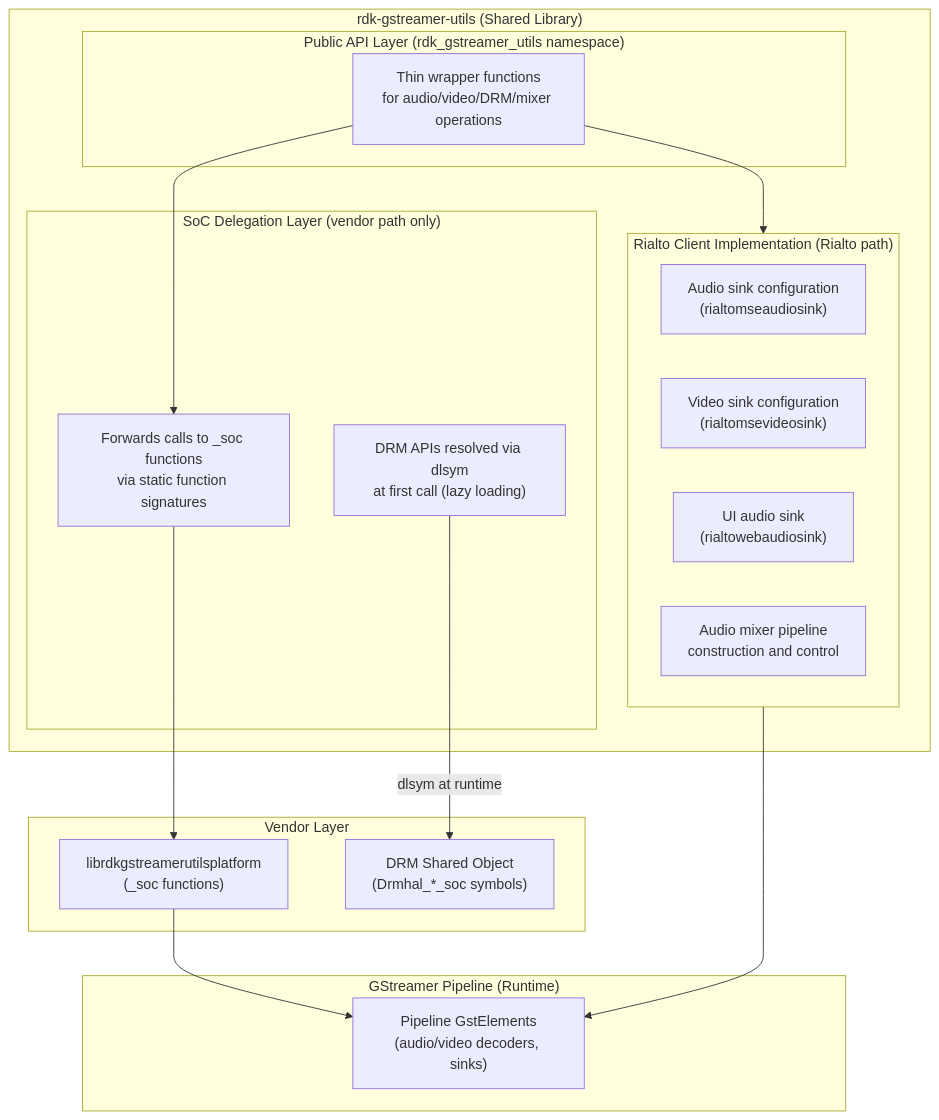
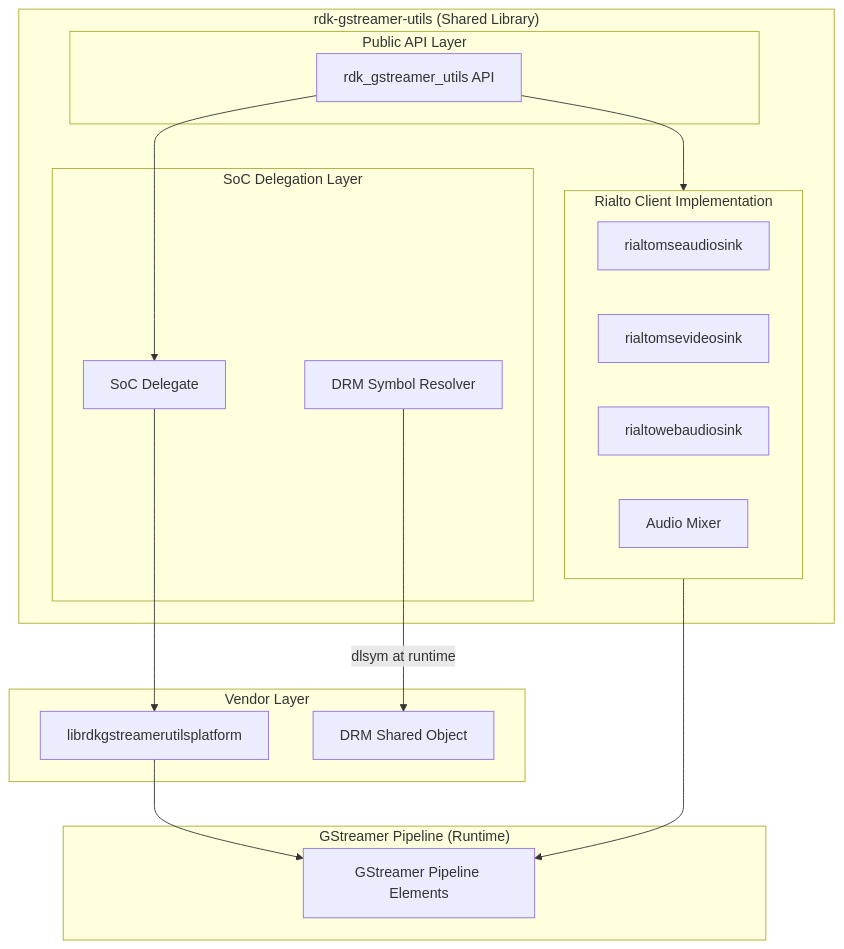
The second of 8 diagrams in docs/docu/RDKV-Documentations/rdkgstreamer-utils.md (rns21/RDK_Documentation), drawn with Mermaid before and after one commit. The commit also changed other lines of this file, not shown here.

Commit message:
Clarify RDK GStreamer Utils documentation

````diff
--- a/docs/docu/RDKV-Documentations/rdkgstreamer-utils.md
+++ b/docs/docu/RDKV-Documentations/rdkgstreamer-utils.md
@@ -72,38 +72,38 @@
 ```mermaid
 graph TD
 
     subgraph Library["rdk-gstreamer-utils (Shared Library)"]
 
-        subgraph PublicAPI["Public API Layer (rdk_gstreamer_utils namespace)"]
-            API["Thin wrapper functions\nfor audio/video/DRM/mixer operations"]
+        subgraph PublicAPI["Public API Layer"]
+            API["rdk_gstreamer_utils API"]
         end
 
-        subgraph DelegationLayer["SoC Delegation Layer (vendor path only)"]
-            SOC_DELEGATE["Forwards calls to _soc functions\nvia static function signatures"]
-            DRM_DLSYM["DRM APIs resolved via dlsym\nat first call (lazy loading)"]
+        subgraph DelegationLayer["SoC Delegation Layer"]
+            SOC_DELEGATE["SoC Delegate"]
+            DRM_DLSYM["DRM Symbol Resolver"]
         end
 
-        subgraph RialtoImpl["Rialto Client Implementation (Rialto path)"]
-            RIALTO_AUDIO["Audio sink configuration\n(rialtomseaudiosink)"]
-            RIALTO_VIDEO["Video sink configuration\n(rialtomsevideosink)"]
-            RIALTO_UI["UI audio sink\n(rialtowebaudiosink)"]
-            AUDIO_MIX["Audio mixer pipeline\nconstruction and control"]
+        subgraph RialtoImpl["Rialto Client Implementation"]
+            RIALTO_AUDIO["rialtomseaudiosink"]
+            RIALTO_VIDEO["rialtomsevideosink"]
+            RIALTO_UI["rialtowebaudiosink"]
+            AUDIO_MIX["Audio Mixer"]
         end
     end
 
     subgraph VendorLayer["Vendor Layer"]
-        PLATFORM_LIB["librdkgstreamerutilsplatform\n(_soc functions)"]
-        DRM_LIB["DRM Shared Object\n(Drmhal_*_soc symbols)"]
+        PLATFORM_LIB["librdkgstreamerutilsplatform"]
+        DRM_LIB["DRM Shared Object"]
     end
 
     subgraph GStreamerPipeline["GStreamer Pipeline (Runtime)"]
-        GST_ELEMENTS["Pipeline GstElements\n(audio/video decoders, sinks)"]
+        GST_ELEMENTS["GStreamer Pipeline Elements"]
     end
 
     API --> SOC_DELEGATE
     API --> RialtoImpl
     SOC_DELEGATE --> PLATFORM_LIB
     DRM_DLSYM -->|dlsym at runtime| DRM_LIB
     RialtoImpl --> GST_ELEMENTS
     PLATFORM_LIB --> GST_ELEMENTS
 ```
````
